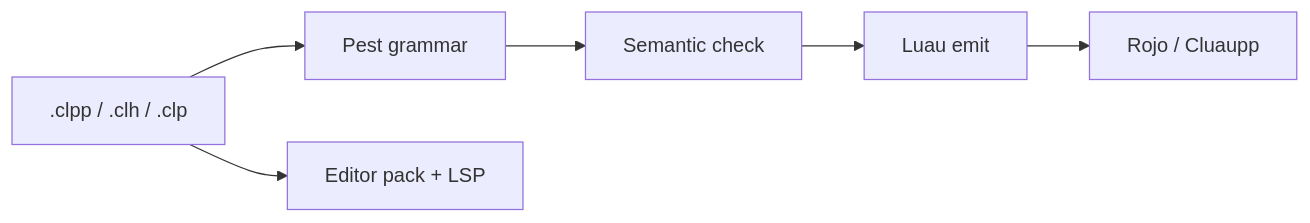
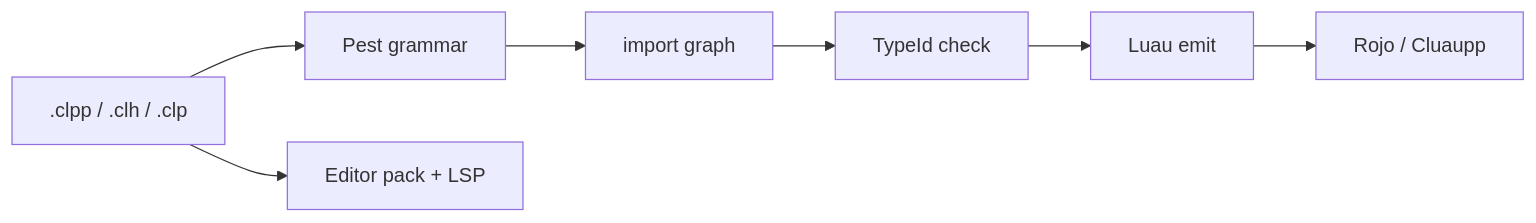
One commit to KartzRbx/CLPP changed the diagram in www/src/content/docs/index.mdx. Above: the diagram before and after it, drawn with Mermaid. The commit also changed other lines of this file and 133 other files, not shown here.

```diff
--- a/www/src/content/docs/index.mdx
+++ b/www/src/content/docs/index.mdx
@@ -40,8 +44,9 @@
 <pre class="mermaid">
 flowchart LR
   src[".clpp / .clh / .clp"] --> pest["Pest grammar"]
-  pest --> check["Semantic check"]
+  pest --> mods["import graph"]
+  mods --> check["TypeId check"]
   check --> luau["Luau emit"]
   luau --> rojo["Rojo / Cluaupp"]
   src --> lsp["Editor pack + LSP"]
 </pre>
```
